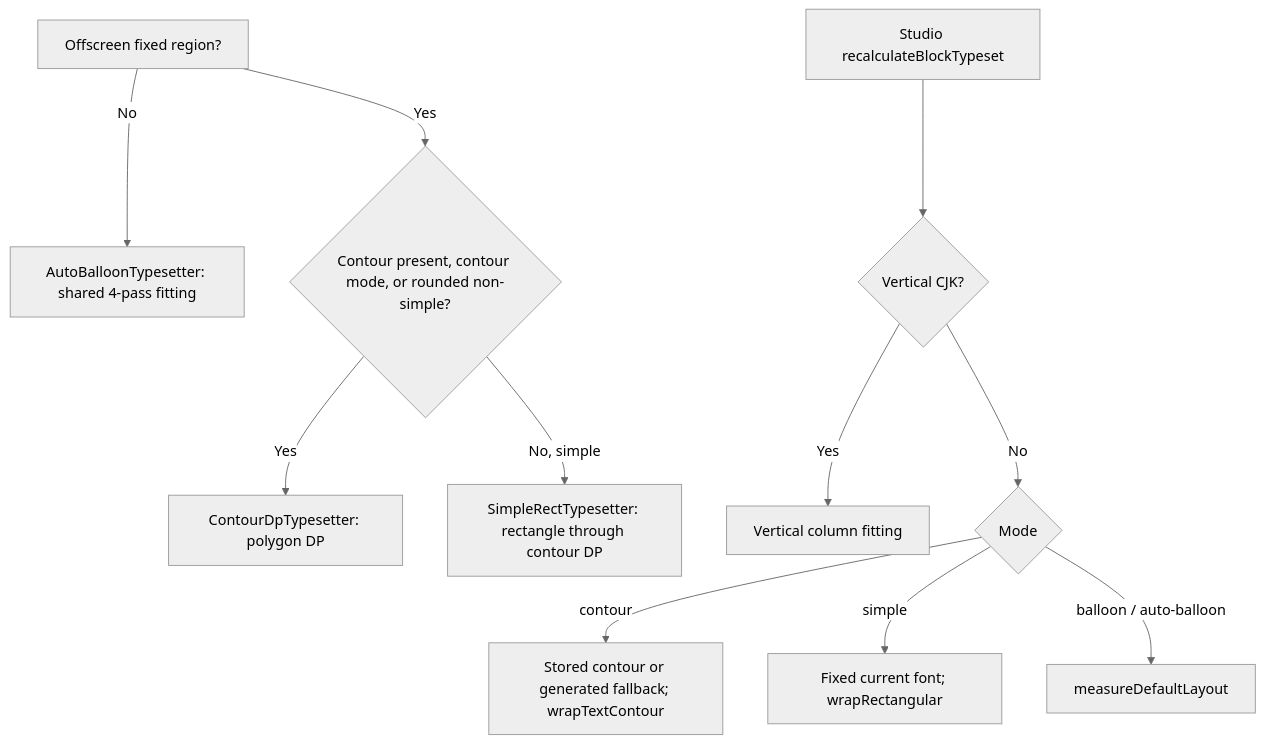
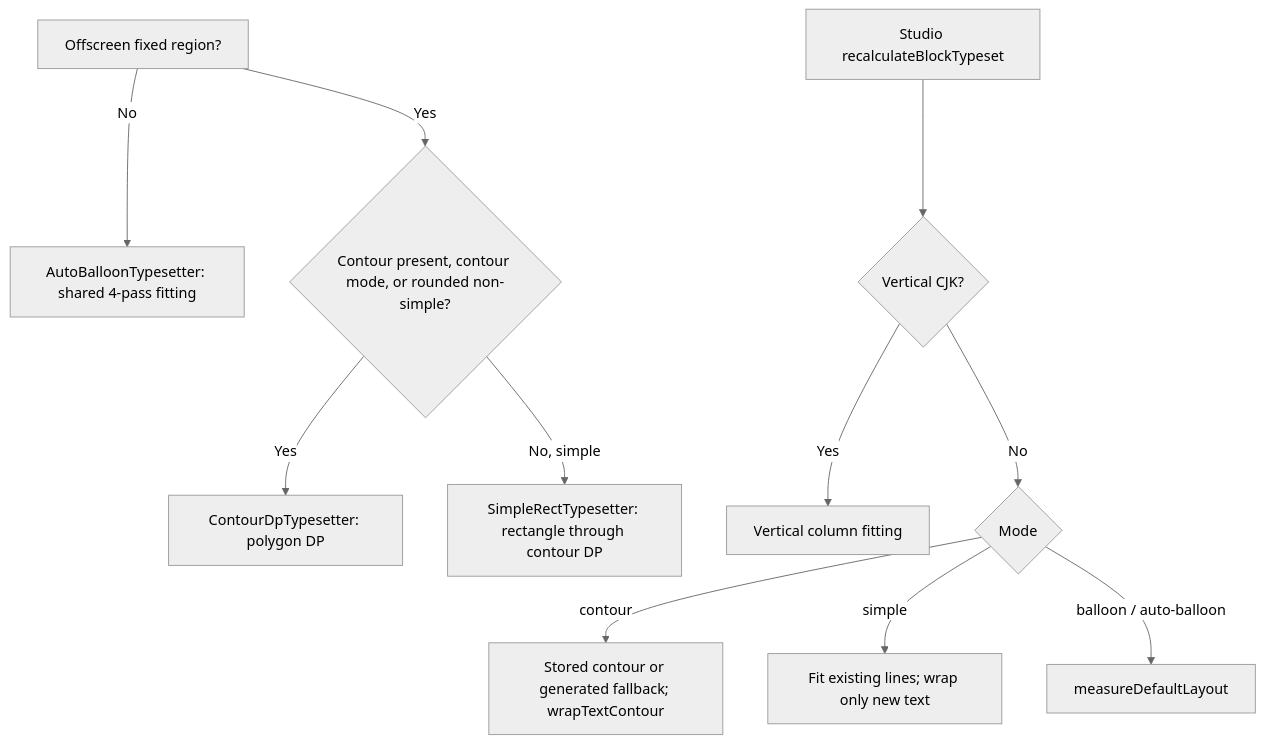
The second of 3 diagrams in docs/architecture/studio-and-typesetting.md (Unheat/Kites), drawn with Mermaid (neutral theme) before and after one commit. The commit also changed other lines of this file and 13 other files, not shown here.

````diff
--- a/docs/architecture/studio-and-typesetting.md
+++ b/docs/architecture/studio-and-typesetting.md
@@ -122,13 +124,13 @@
 ```mermaid
 flowchart TD
     Bake["Offscreen fixed region?"] -->|No| Auto["AutoBalloonTypesetter: shared 4-pass fitting"]
     Bake -->|Yes| ContourCheck{"Contour present, contour mode, or rounded non-simple?"}
     ContourCheck -->|Yes| Contour["ContourDpTypesetter: polygon DP"]
     ContourCheck -->|No, simple| Rect["SimpleRectTypesetter: rectangle through contour DP"]
     Edit["Studio recalculateBlockTypeset"] --> Vertical{"Vertical CJK?"}
     Vertical -->|Yes| CJK["Vertical column fitting"]
     Vertical -->|No| Mode{"Mode"}
     Mode -->|contour| StudioContour["Stored contour or generated fallback; wrapTextContour"]
-    Mode -->|simple| Greedy["Fixed current font; wrapRectangular"]
+    Mode -->|simple| Caption["Fit existing lines; wrap only new text"]
     Mode -->|balloon / auto-balloon| StudioAuto["measureDefaultLayout"]
 ```
````
